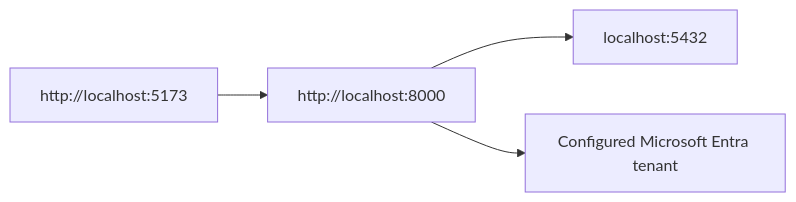
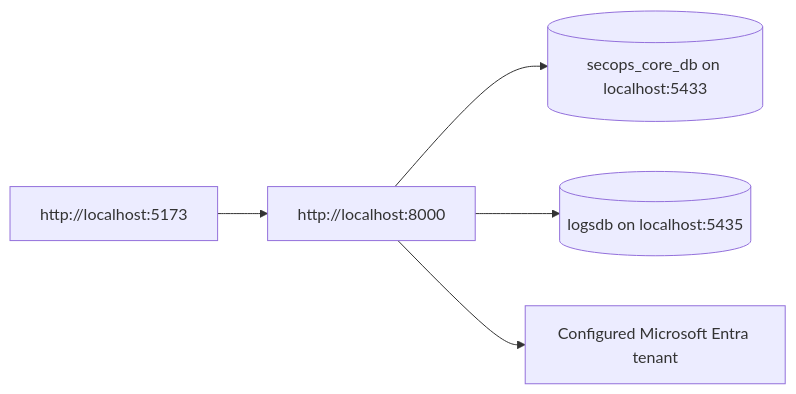
One commit to Plymouth-University/comp2003-2025-2026-team-3 changed the diagram in docs/getting-started/environment.md. Above: the diagram before and after it, drawn with Mermaid. The commit also changed other lines of this file and 21 other files, not shown here.

Commit message:
Restored project state to working with new merged 'secops_core' database.

````diff
--- a/docs/getting-started/environment.md
+++ b/docs/getting-started/environment.md
@@ -272,6 +285,7 @@
 ```mermaid
 flowchart LR
   Frontend[http://localhost:5173] --> Backend[http://localhost:8000]
-  Backend --> Postgres[localhost:5432]
+  Backend --> Core[(secops_core_db on localhost:5433)]
+  Backend --> Logs[(logsdb on localhost:5435)]
   Backend --> Entra[Configured Microsoft Entra tenant]
 ```
````
